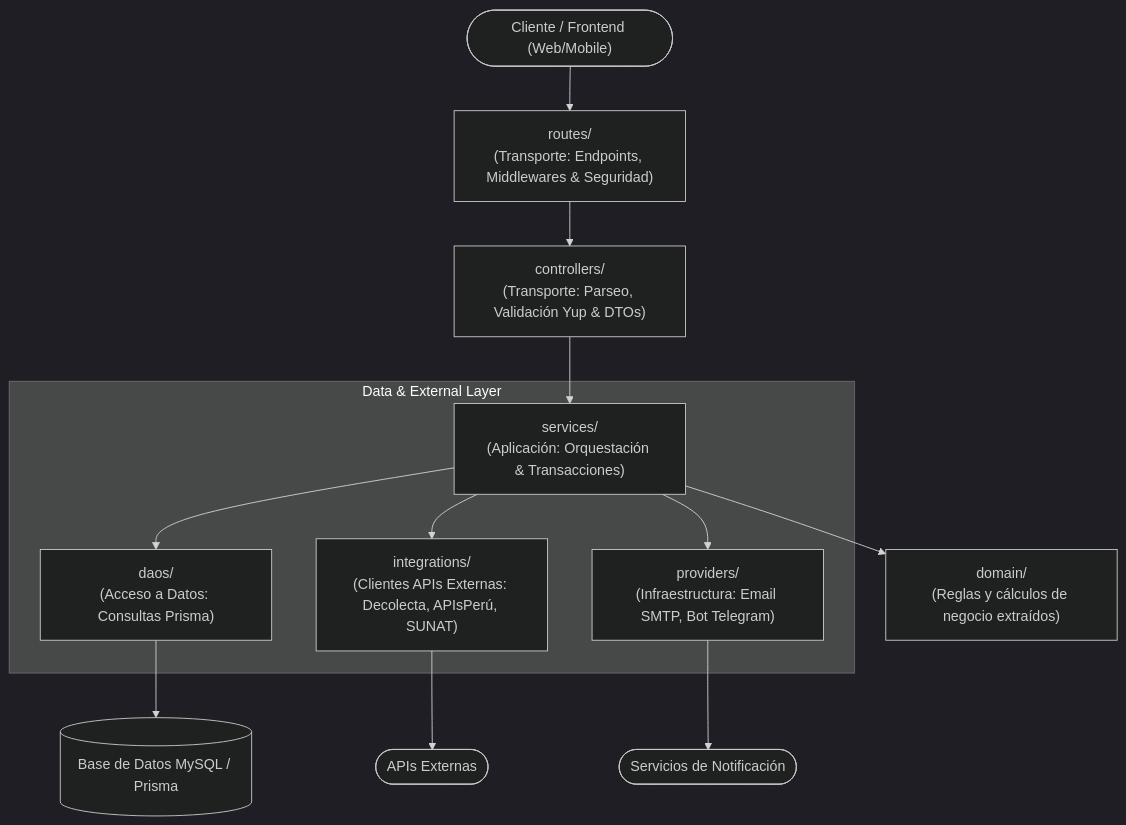
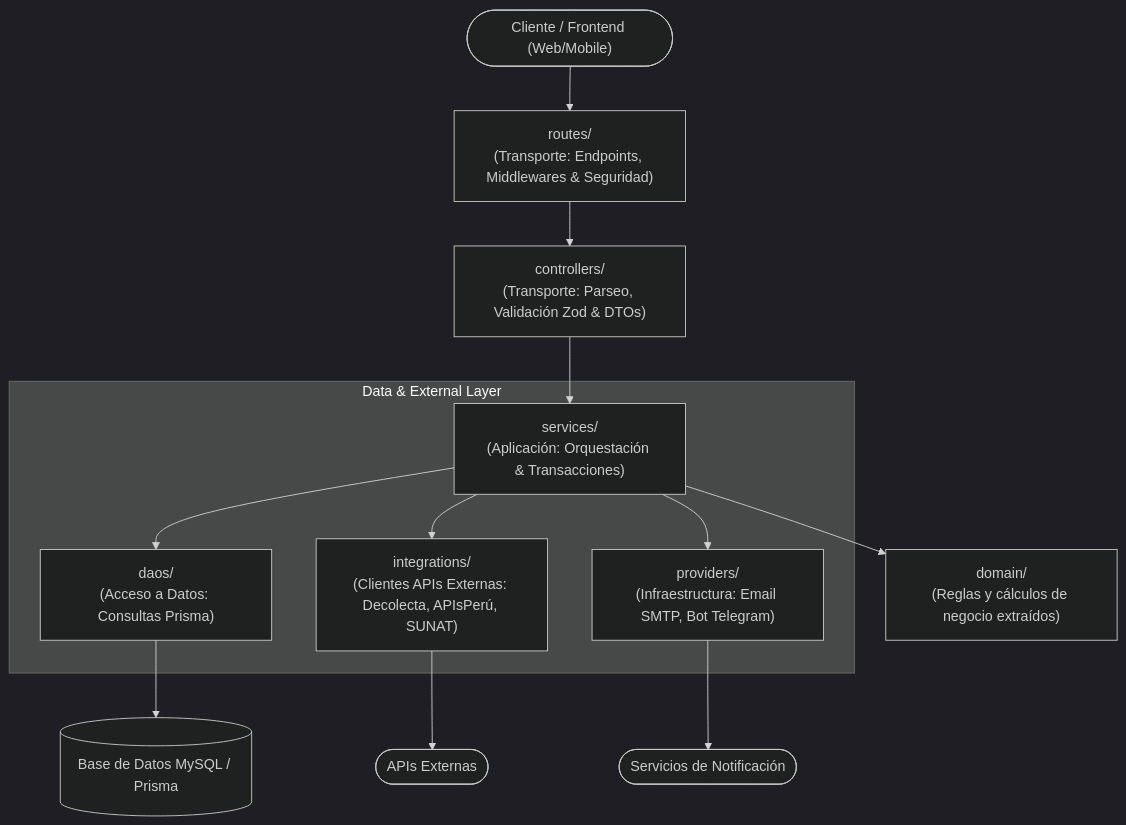
The diagram in src/README.md (terra-innovation/nodejs-mysql-restapi), drawn with Mermaid (dark theme) before and after one commit. The commit also changed other lines of this file and 70 other files, not shown here.

Commit message:
migra de yup a zod

````diff
--- a/src/README.md
+++ b/src/README.md
@@ -9,17 +9,17 @@
 ```mermaid
 flowchart TD
     Client(["Cliente / Frontend (Web/Mobile)"]) --> Routes["routes/\n(Transporte: Endpoints, Middlewares & Seguridad)"]
-    Routes --> Controllers["controllers/\n(Transporte: Parseo, Validación Yup & DTOs)"]
+    Routes --> Controllers["controllers/\n(Transporte: Parseo, Validación Zod & DTOs)"]
     Controllers --> Services["services/\n(Aplicación: Orquestación & Transacciones)"]
     Services --> Domain["domain/\n(Reglas y cálculos de negocio extraídos)"]
     
     subgraph Data & External Layer
         Services --> DAOs["daos/\n(Acceso a Datos: Consultas Prisma)"]
         Services --> Integrations["integrations/\n(Clientes APIs Externas: Decolecta, APIsPerú, SUNAT)"]
         Services --> Providers["providers/\n(Infraestructura: Email SMTP, Bot Telegram)"]
     end
 
     DAOs --> DB[(Base de Datos MySQL / Prisma)]
     Integrations --> ExternalAPIs(["APIs Externas"])
     Providers --> NotificationGateways(["Servicios de Notificación"])
 ```
````
